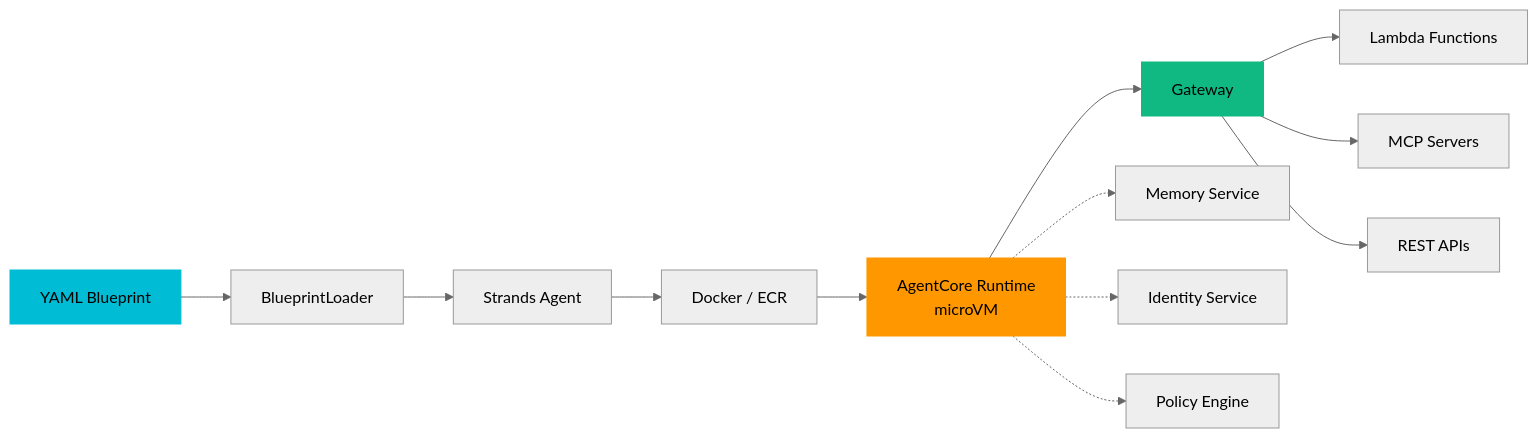
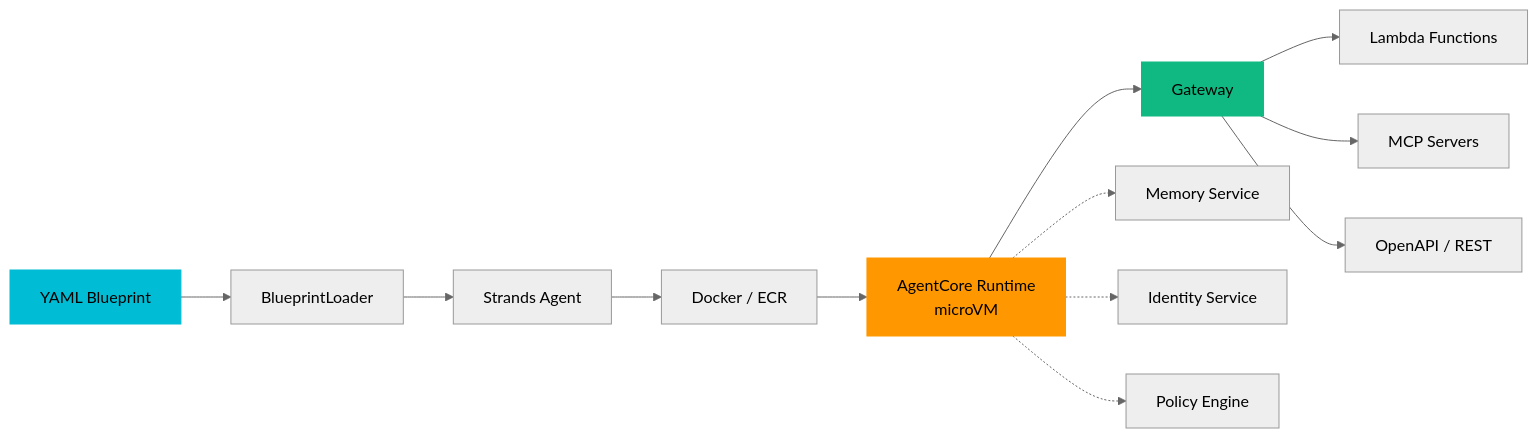
One commit to the-cloud-clockwork/tcc-aws-agent-platform changed the diagram in index.md. Above: the diagram before and after it, drawn with Mermaid (neutral theme). The commit also changed other lines of this file and 87 other files, not shown here.

````diff
--- a/index.md
+++ b/index.md
@@ -53,19 +53,19 @@
 ```mermaid
 graph LR
     A[YAML Blueprint] --> B[BlueprintLoader]
     B --> C[Strands Agent]
     C --> D[Docker / ECR]
     D --> E[AgentCore Runtime<br/>microVM]
     E --> F[Gateway]
     F --> G[Lambda Functions]
     F --> H[MCP Servers]
-    F --> I[REST APIs]
+    F --> I[OpenAPI / REST]
 
     E -.-> J[Memory Service]
     E -.-> K[Identity Service]
     E -.-> L[Policy Engine]
 
     style A fill:#00bcd4,stroke:#00bcd4,color:#000
     style E fill:#ff9800,stroke:#ff9800,color:#000
     style F fill:#10b981,stroke:#10b981,color:#000
 ```
````
